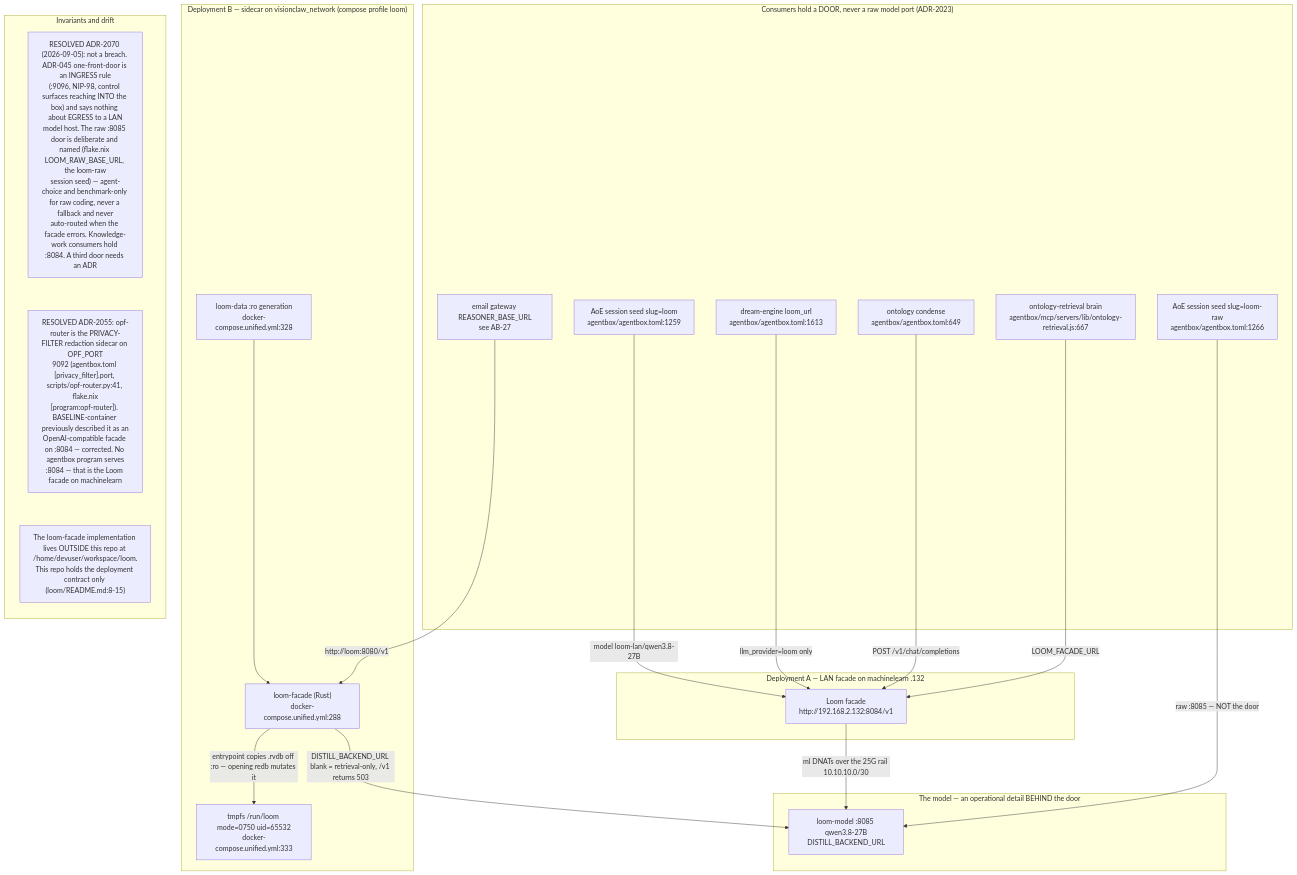
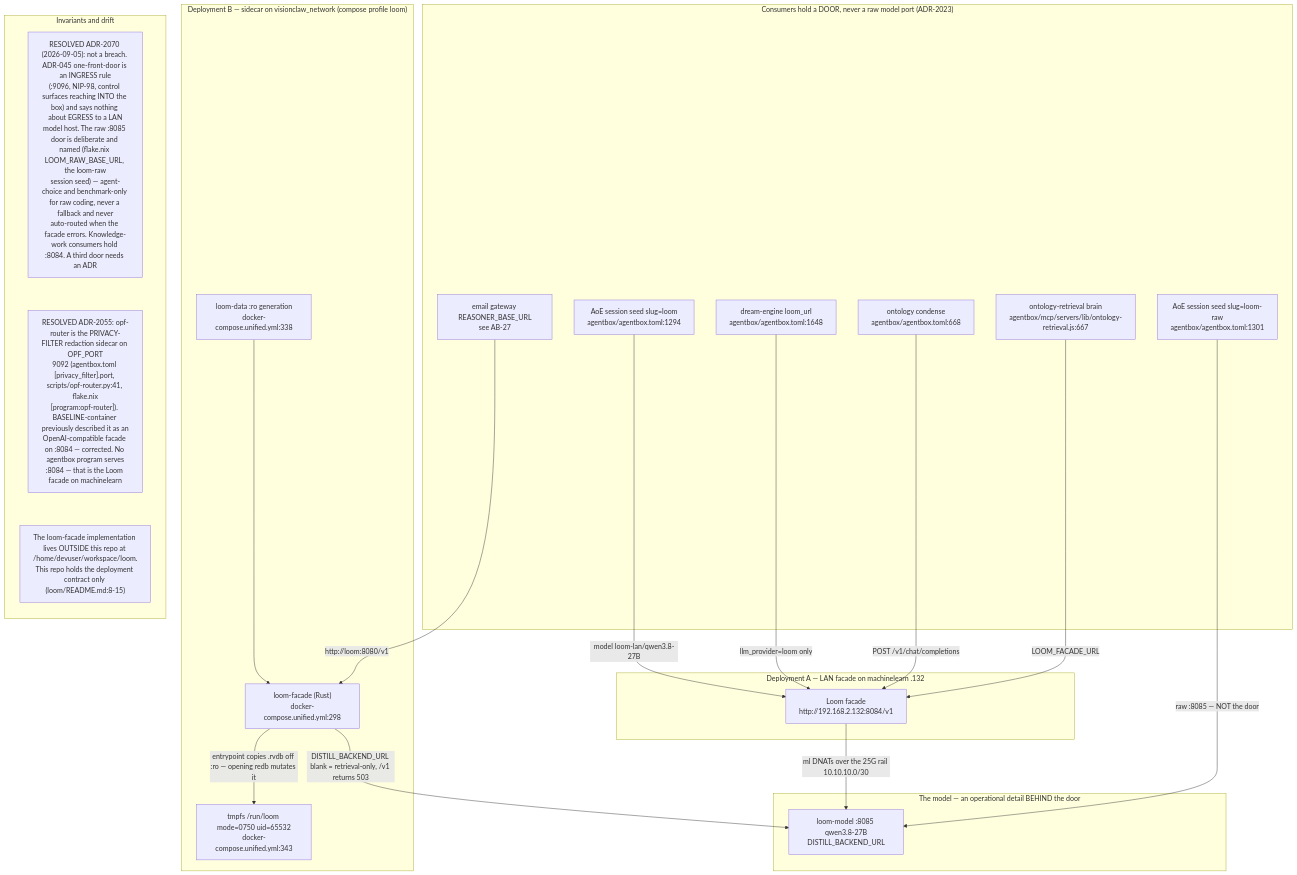
Before and after one commit to DreamLab-AI/AR-AI-Knowledge-Graph: the first of 9 diagrams in docs/diagrams/agentbox/24-loom-facade.md, drawn with Mermaid. The commit also changed other lines of this file and 73 other files, not shown here.

First line of the commit message:
docs(diagrams): re-verify all 71 topic files against HEAD; add --cite-check

````diff
--- a/docs/diagrams/agentbox/24-loom-facade.md
+++ b/docs/diagrams/agentbox/24-loom-facade.md
@@ -22,39 +22,39 @@
 ```mermaid
 flowchart TB
     subgraph consumers["Consumers hold a DOOR, never a raw model port (ADR-2023)"]
         RET["ontology-retrieval brain<br/>agentbox/mcp/servers/lib/ontology-retrieval.js:667"]
-        COND["ontology condense<br/>agentbox/agentbox.toml:649"]
-        DREAM["dream-engine loom_url<br/>agentbox/agentbox.toml:1613"]
-        SEED["AoE session seed slug=loom<br/>agentbox/agentbox.toml:1259"]
-        SEEDRAW["AoE session seed slug=loom-raw<br/>agentbox/agentbox.toml:1266"]
+        COND["ontology condense<br/>agentbox/agentbox.toml:668"]
+        DREAM["dream-engine loom_url<br/>agentbox/agentbox.toml:1648"]
+        SEED["AoE session seed slug=loom<br/>agentbox/agentbox.toml:1294"]
+        SEEDRAW["AoE session seed slug=loom-raw<br/>agentbox/agentbox.toml:1301"]
         EMAIL["email gateway REASONER_BASE_URL<br/>see AB-27"]
     end
     subgraph depA["Deployment A — LAN facade on machinelearn .132"]
         F84["Loom facade<br/>http://192.168.2.132:8084/v1"]
     end
     subgraph depB["Deployment B — sidecar on visionclaw_network (compose profile loom)"]
-        SIDE["loom-facade (Rust)<br/>docker-compose.unified.yml:288"]
-        TMPFS["tmpfs /run/loom mode=0750 uid=65532<br/>docker-compose.unified.yml:333"]
-        DATA["loom-data :ro generation<br/>docker-compose.unified.yml:328"]
+        SIDE["loom-facade (Rust)<br/>docker-compose.unified.yml:298"]
+        TMPFS["tmpfs /run/loom mode=0750 uid=65532<br/>docker-compose.unified.yml:343"]
+        DATA["loom-data :ro generation<br/>docker-compose.unified.yml:338"]
     end
     subgraph model["The model — an operational detail BEHIND the door"]
         M85["loom-model :8085 qwen3.8-27B<br/>DISTILL_BACKEND_URL"]
     end
     RET -->|"LOOM_FACADE_URL"| F84
     COND -->|"POST /v1/chat/completions"| F84
     DREAM -->|"llm_provider=loom only"| F84
     SEED -->|"model loom-lan/qwen3.8-27B"| F84
     SEEDRAW -->|"raw :8085 — NOT the door"| M85
     EMAIL -->|"http://loom:8080/v1"| SIDE
     F84 -->|"ml DNATs over the 25G rail 10.10.10.0/30"| M85
     SIDE -->|"DISTILL_BACKEND_URL blank = retrieval-only, /v1 returns 503"| M85
     DATA --> SIDE
     SIDE -->|"entrypoint copies .rvdb off :ro — opening redb mutates it"| TMPFS
     subgraph notes["Invariants and drift"]
         direction TB
         N1["RESOLVED ADR-2070 #40;2026-09-05#41;: not a breach. ADR-045 one-front-door is an INGRESS rule<br/>#40;:9096, NIP-98, control surfaces reaching INTO the box#41; and says nothing about EGRESS to a LAN<br/>model host. The raw :8085 door is deliberate and named #40;flake.nix LOOM_RAW_BASE_URL, the loom-raw<br/>session seed#41; — agent-choice and benchmark-only for raw coding, never a fallback and never<br/>auto-routed when the facade errors. Knowledge-work consumers hold :8084. A third door needs an ADR"]
         N2["RESOLVED ADR-2055: opf-router is the PRIVACY-FILTER redaction sidecar on OPF_PORT<br/>9092 (agentbox.toml [privacy_filter].port, scripts/opf-router.py:41, flake.nix<br/>[program:opf-router]). BASELINE-container previously described it as an<br/>OpenAI-compatible facade on :8084 — corrected. No agentbox program serves<br/>:8084 — that is the Loom facade on machinelearn"]
         N3["The loom-facade implementation lives OUTSIDE this repo at /home/devuser/workspace/loom.<br/>This repo holds the deployment contract only (loom/README.md:8-15)"]
         N1 ~~~ N2 ~~~ N3
     end
 ```
````
